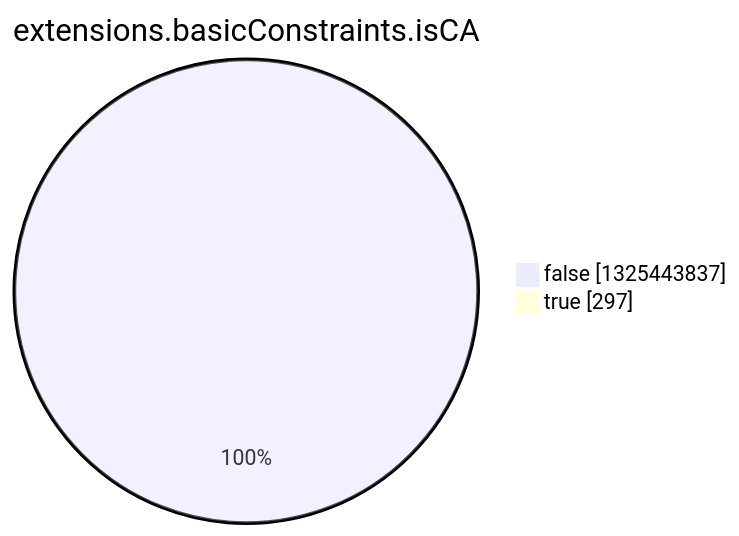
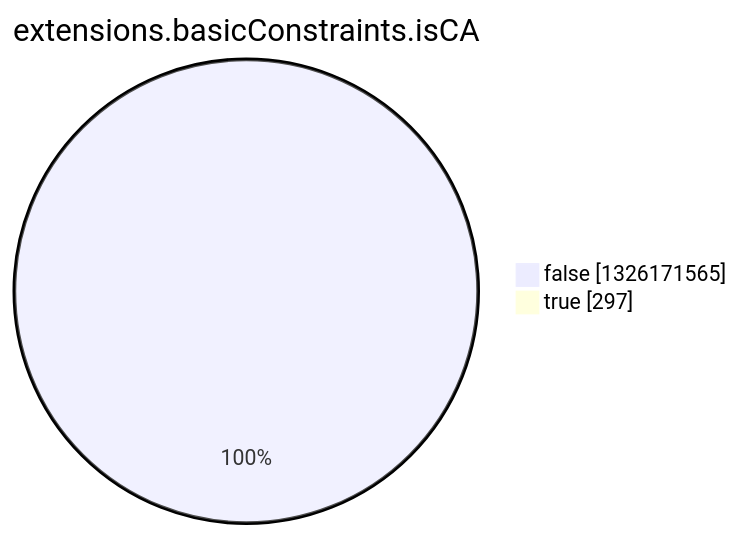
One commit to christiankrug/ctmonitor_visualization changed the eighth of 15 diagrams in argon2022/README.md. Above: the diagram before and after it, drawn with Mermaid. The commit also changed other lines of this file, not shown here.

````diff
--- a/argon2022/README.md
+++ b/argon2022/README.md
@@ -2758,6 +2758,6 @@
 ```mermaid
 pie showData
 title extensions.basicConstraints.isCA
-"false" :1325443837
+"false" :1326171565
 "true" :297
 ```
````
